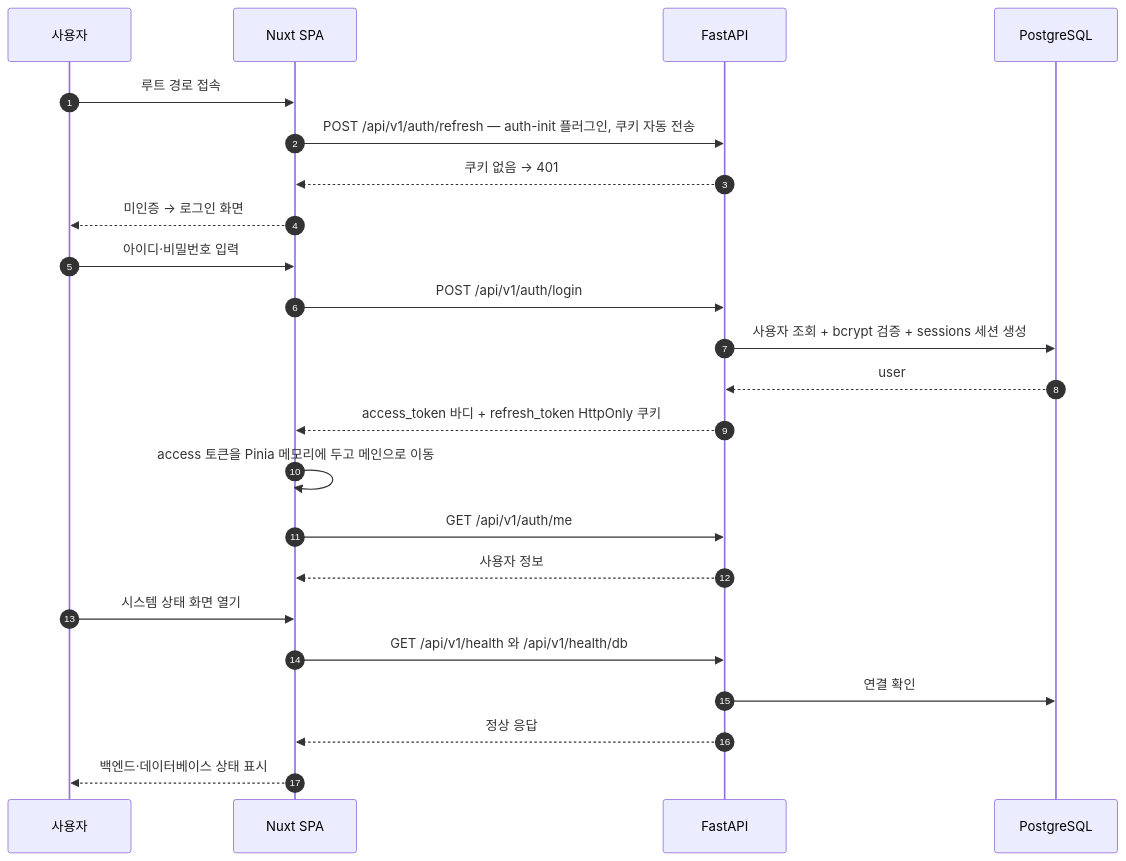
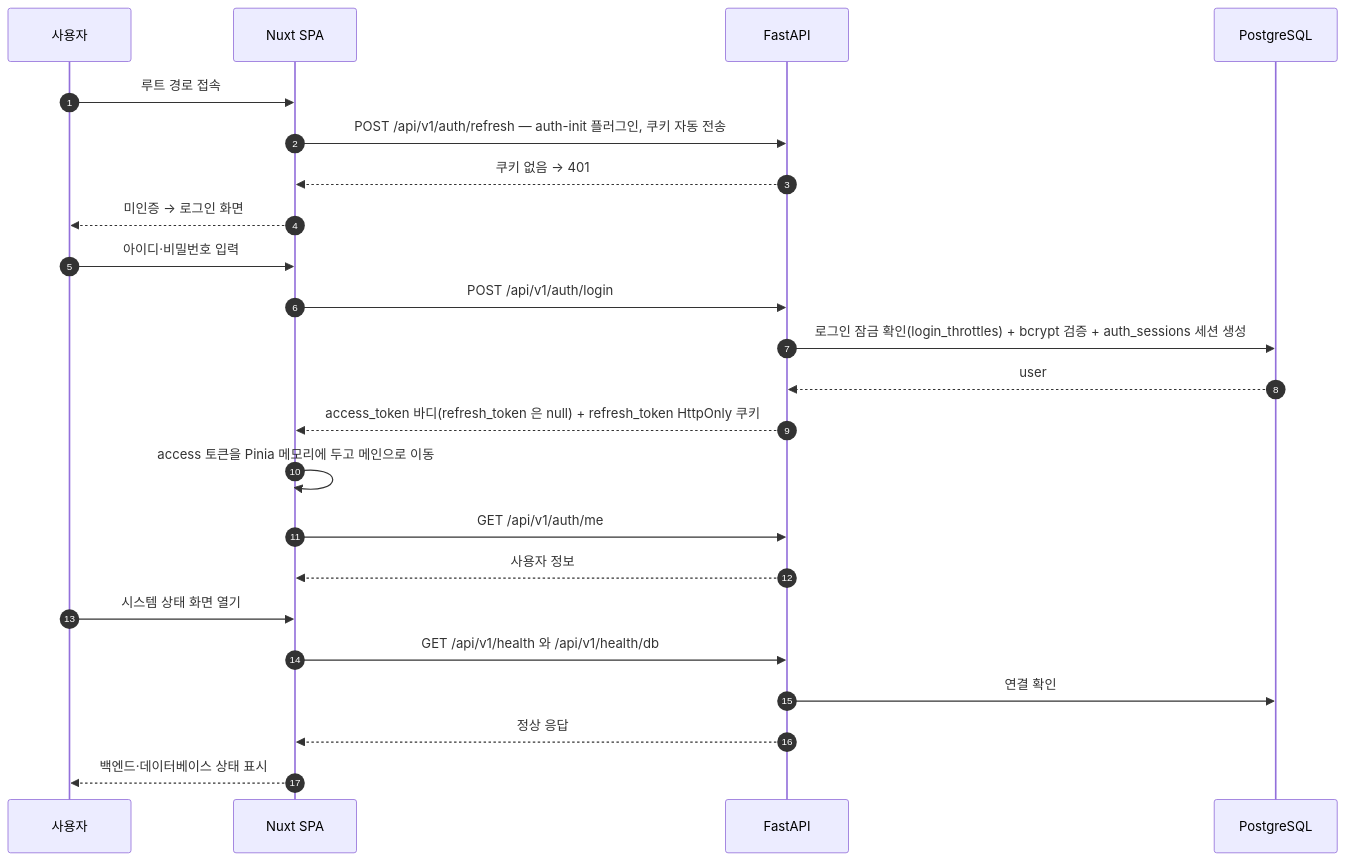
Before and after one commit to al8bright/fastapi-nuxt-pg-starter: the third of 4 diagrams in README.md, drawn with Mermaid. The commit also changed other lines of this file and 44 other files, not shown here.

````diff
--- a/README.md
+++ b/README.md
@@ -97,26 +97,26 @@
 ```mermaid
 sequenceDiagram
     autonumber
     participant U as 사용자
     participant F as Nuxt SPA
     participant A as FastAPI
     participant D as PostgreSQL
 
     U->>F: 루트 경로 접속
     F->>A: POST /api/v1/auth/refresh — auth-init 플러그인, 쿠키 자동 전송
     A-->>F: 쿠키 없음 → 401
     F-->>U: 미인증 → 로그인 화면
     U->>F: 아이디·비밀번호 입력
     F->>A: POST /api/v1/auth/login
-    A->>D: 사용자 조회 + bcrypt 검증 + sessions 세션 생성
+    A->>D: 로그인 잠금 확인(login_throttles) + bcrypt 검증 + auth_sessions 세션 생성
     D-->>A: user
-    A-->>F: access_token 바디 + refresh_token HttpOnly 쿠키
+    A-->>F: access_token 바디(refresh_token 은 null) + refresh_token HttpOnly 쿠키
     F->>F: access 토큰을 Pinia 메모리에 두고 메인으로 이동
     F->>A: GET /api/v1/auth/me
     A-->>F: 사용자 정보
     U->>F: 시스템 상태 화면 열기
     F->>A: GET /api/v1/health 와 /api/v1/health/db
     A->>D: 연결 확인
     A-->>F: 정상 응답
     F-->>U: 백엔드·데이터베이스 상태 표시
 ```
````
